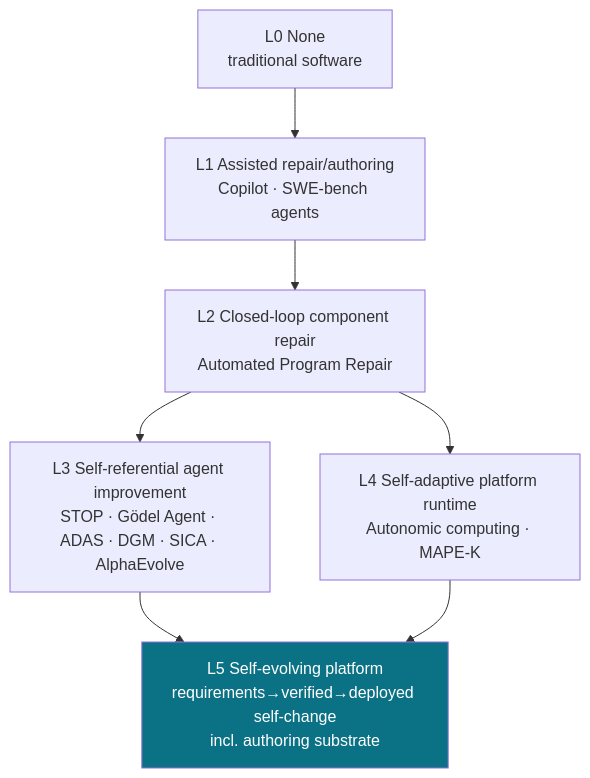
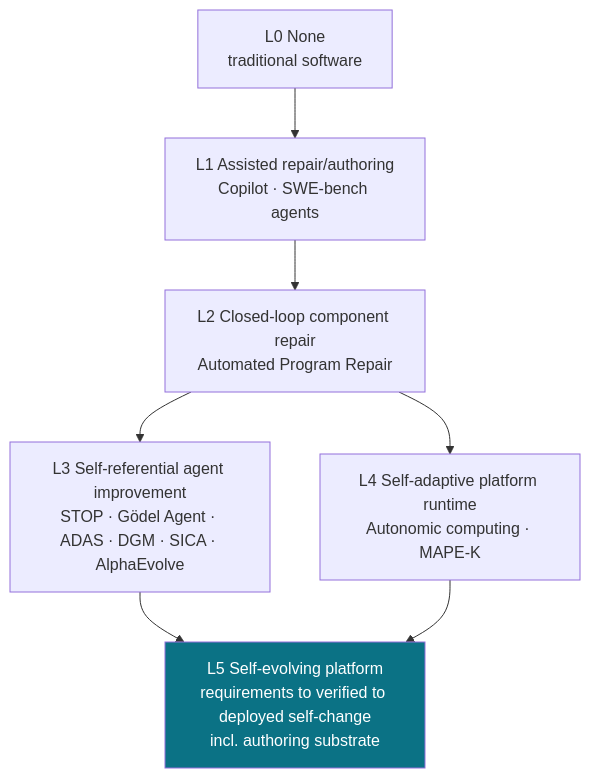
One commit to romanagaev/self-evolving-platform changed the second of 2 diagrams in docs/architecture.md. Above: the diagram before and after it, drawn with Mermaid. The commit also changed other lines of this file and 2 other files, not shown here.

Commit message:
docs: fix Mermaid rendering (valid edge syntax, quoted labels, safe aliases)

````diff
--- a/docs/architecture.md
+++ b/docs/architecture.md
@@ -78,10 +78,10 @@
 ```mermaid
 flowchart TB
-    L0[L0 None<br/>traditional software] --> L1[L1 Assisted repair/authoring<br/>Copilot · SWE-bench agents]
-    L1 --> L2[L2 Closed-loop component repair<br/>Automated Program Repair]
-    L2 --> L3[L3 Self-referential agent improvement<br/>STOP · Gödel Agent · ADAS · DGM · SICA · AlphaEvolve]
-    L2 --> L4[L4 Self-adaptive platform runtime<br/>Autonomic computing · MAPE-K]
-    L3 --> L5[L5 Self-evolving platform<br/>requirements→verified→deployed self-change<br/>incl. authoring substrate]
+    L0["L0 None<br/>traditional software"] --> L1["L1 Assisted repair/authoring<br/>Copilot · SWE-bench agents"]
+    L1 --> L2["L2 Closed-loop component repair<br/>Automated Program Repair"]
+    L2 --> L3["L3 Self-referential agent improvement<br/>STOP · Gödel Agent · ADAS · DGM · SICA · AlphaEvolve"]
+    L2 --> L4["L4 Self-adaptive platform runtime<br/>Autonomic computing · MAPE-K"]
+    L3 --> L5["L5 Self-evolving platform<br/>requirements to verified to deployed self-change<br/>incl. authoring substrate"]
     L4 --> L5
     style L5 fill:#0b7285,color:#ffffff
 ```
````
